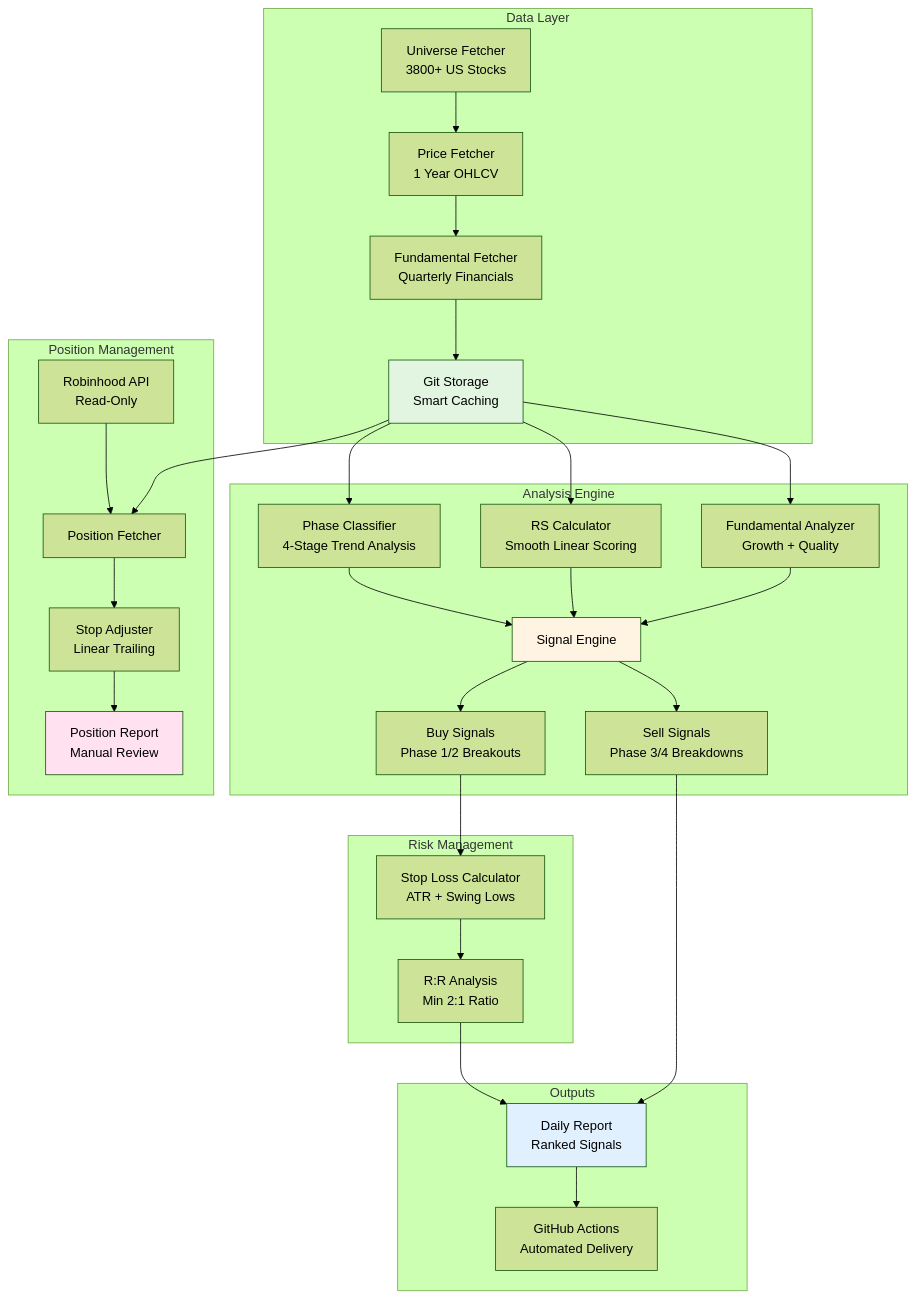
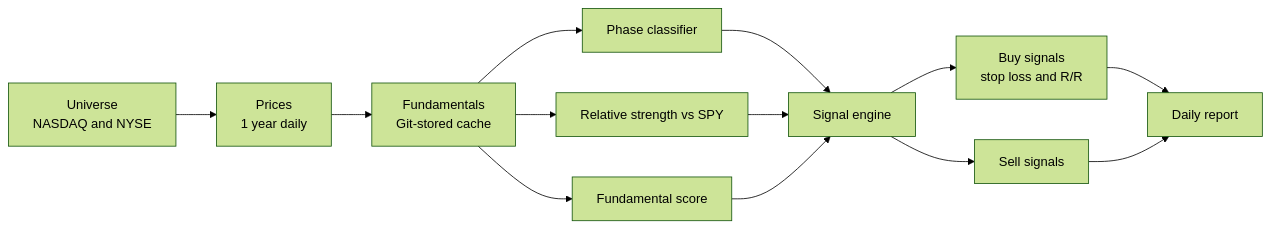
The diagram in README.md (RyanJHamby/stock-screener), drawn with Mermaid (forest theme) before and after one commit. The commit also changed other lines of this file and 2 other files, not shown here.

First line of the commit message:
docs: rewrite README to ~130 lines; run_*.sh set PYTHONPATH; note legacy engine crash

````diff
--- a/README.md
+++ b/README.md
@@ -126,44 +58,15 @@
 ```mermaid
-graph TB
-    subgraph "Data Layer"
-        A[Universe Fetcher<br/>3800+ US Stocks] --> B[Price Fetcher<br/>1 Year OHLCV]
-        B --> C[Fundamental Fetcher<br/>Quarterly Financials]
-        C --> D[Git Storage<br/>Smart Caching]
-    end
-
-    subgraph "Analysis Engine"
-        D --> E[Phase Classifier<br/>4-Stage Trend Analysis]
-        D --> F[RS Calculator<br/>Smooth Linear Scoring]
-        D --> G[Fundamental Analyzer<br/>Growth + Quality]
-
-        E --> H[Signal Engine]
-        F --> H
-        G --> H
-
-        H --> I[Buy Signals<br/>Phase 1/2 Breakouts]
-        H --> J[Sell Signals<br/>Phase 3/4 Breakdowns]
-    end
-
-    subgraph "Risk Management"
-        I --> K[Stop Loss Calculator<br/>ATR + Swing Lows]
-        K --> L[R:R Analysis<br/>Min 2:1 Ratio]
-    end
-
-    subgraph "Outputs"
-        L --> M[Daily Report<br/>Ranked Signals]
-        J --> M
-        M --> N[GitHub Actions<br/>Automated Delivery]
-    end
-
-    subgraph "Position Management"
-        O[Robinhood API<br/>Read-Only] --> P[Position Fetcher]
-        D --> P
-        P --> Q[Stop Adjuster<br/>Linear Trailing]
-        Q --> R[Position Report<br/>Manual Review]
-    end
-
-    style D fill:#e1f5e1
-    style H fill:#fff4e1
-    style M fill:#e1f0ff
-    style R fill:#ffe1f0
+graph LR
+    U[Universe<br/>NASDAQ and NYSE] --> P[Prices<br/>1 year daily]
+    P --> F[Fundamentals<br/>Git-stored cache]
+    F --> C[Phase classifier]
+    F --> R[Relative strength vs SPY]
+    F --> Q[Fundamental score]
+    C --> S[Signal engine]
+    R --> S
+    Q --> S
+    S --> B[Buy signals<br/>stop loss and R/R]
+    S --> L[Sell signals]
+    B --> O[Daily report]
+    L --> O
 ```
````
